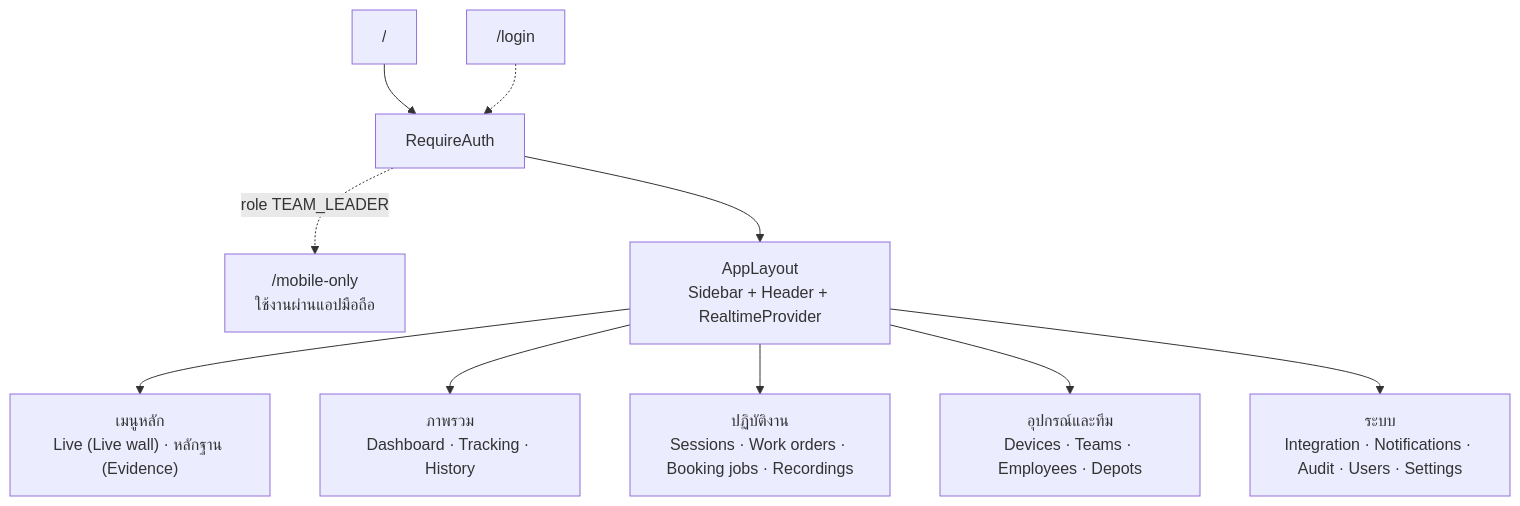
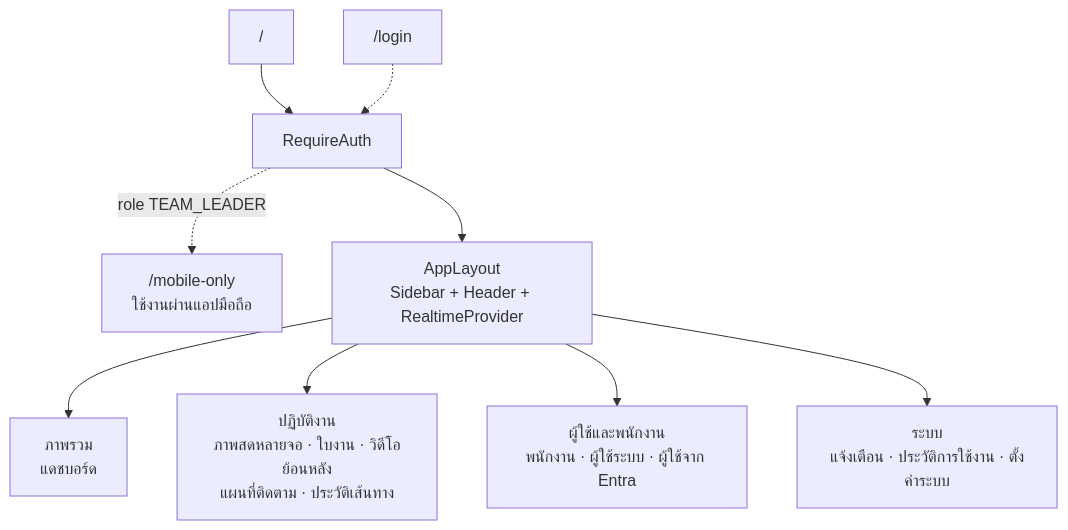
Before and after one commit to b-werayut/psd-bodycam-v1.0: the first of 2 diagrams in docs/blueprint/06-frontend-architecture.md, drawn with Mermaid. The commit also changed other lines of this file and 78 other files, not shown here.

````diff
--- a/docs/blueprint/06-frontend-architecture.md
+++ b/docs/blueprint/06-frontend-architecture.md
@@ -120,12 +110,11 @@
 ```mermaid
 flowchart TB
   ROOT["/"] --> AUTH["RequireAuth"]
   AUTH -.->|"role TEAM_LEADER"| MOBONLY["/mobile-only<br/>ใช้งานผ่านแอปมือถือ"]
   AUTH --> SHELL["AppLayout<br/>Sidebar + Header + RealtimeProvider"]
-  SHELL --> MAIN["เมนูหลัก<br/>Live (Live wall) · หลักฐาน (Evidence)"]
-  SHELL --> OV["ภาพรวม<br/>Dashboard · Tracking · History"]
-  SHELL --> OPS["ปฏิบัติงาน<br/>Sessions · Work orders · Booking jobs · Recordings"]
-  SHELL --> AST["อุปกรณ์และทีม<br/>Devices · Teams · Employees · Depots"]
-  SHELL --> SYS["ระบบ<br/>Integration · Notifications · Audit · Users · Settings"]
+  SHELL --> OV["ภาพรวม<br/>แดชบอร์ด"]
+  SHELL --> OPS["ปฏิบัติงาน<br/>ภาพสดหลายจอ · ใบงาน · วิดีโอย้อนหลัง<br/>แผนที่ติดตาม · ประวัติเส้นทาง"]
+  SHELL --> PPL["ผู้ใช้และพนักงาน<br/>พนักงาน · ผู้ใช้ระบบ · ผู้ใช้จาก Entra"]
+  SHELL --> SYS["ระบบ<br/>แจ้งเตือน · ประวัติการใช้งาน · ตั้งค่าระบบ"]
   LOGIN["/login"] -.-> AUTH
 ```
````
